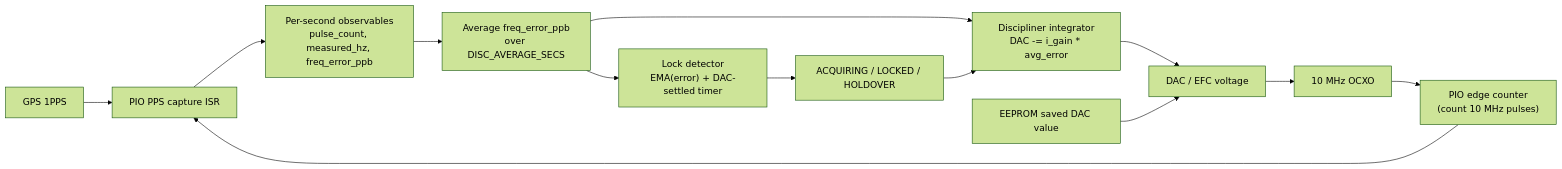
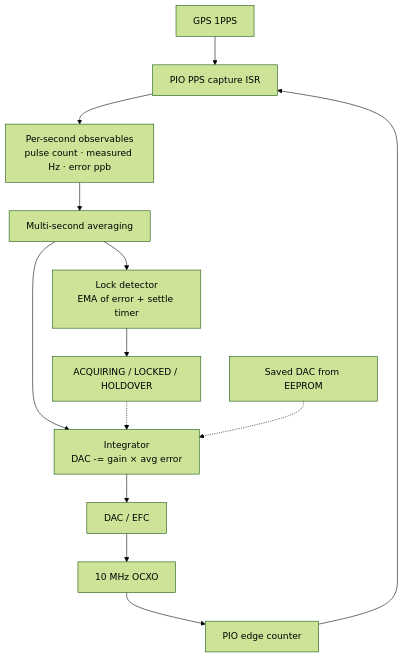
The diagram in REFERENCE_LOCKING_README.md (rszemeti/Twin-PLL-GPSDO), drawn with Mermaid (forest theme) before and after one commit. The commit also changed other lines of this file and 1 other file, not shown here.

Commit message:
Revert to Mermaid diagram

````diff
--- a/REFERENCE_LOCKING_README.md
+++ b/REFERENCE_LOCKING_README.md
@@ -24,18 +25,22 @@
 ```mermaid
-flowchart LR
-	GPS["GPS 1PPS"] --> PPS["PIO PPS capture ISR"]
-	OCXO["10 MHz OCXO"] --> EDGE["PIO edge counter\n(count 10 MHz pulses)"]
-	EDGE --> PPS
+flowchart TD
+    GPS[GPS 1PPS] --> PPS[PIO PPS capture ISR]
+    OCXO[10 MHz OCXO] --> EDGE[PIO edge counter]
+    EDGE --> PPS
 
-	PPS --> OBS["Per-second observables\npulse_count, measured_hz, freq_error_ppb"]
-	OBS --> AVG["Average freq_error_ppb\nover DISC_AVERAGE_SECS"]
-	AVG --> INT["Discipliner integrator\nDAC -= i_gain * avg_error"]
-	INT --> DAC["DAC / EFC voltage"]
-	DAC --> OCXO
+    PPS --> OBS[Per-second observables
+pulse count · measured Hz · error ppb]
 
-	AVG --> LOCK["Lock detector\nEMA(error) + DAC-settled timer"]
-	LOCK --> STATE["ACQUIRING / LOCKED / HOLDOVER"]
-	STATE --> INT
+    OBS --> AVG[Multi-second averaging]
+    AVG --> INT[Integrator
+DAC -= gain × avg error]
+    INT --> DAC[DAC / EFC]
+    DAC --> OCXO
 
-	EEPROM["EEPROM saved DAC value"] --> DAC
+    AVG --> LOCK[Lock detector
+EMA of error + settle timer]
+    LOCK --> STATE[ACQUIRING / LOCKED / HOLDOVER]
+    STATE -.-> INT
+
+    EEPROM[Saved DAC from EEPROM] -.-> INT
 ```
````
